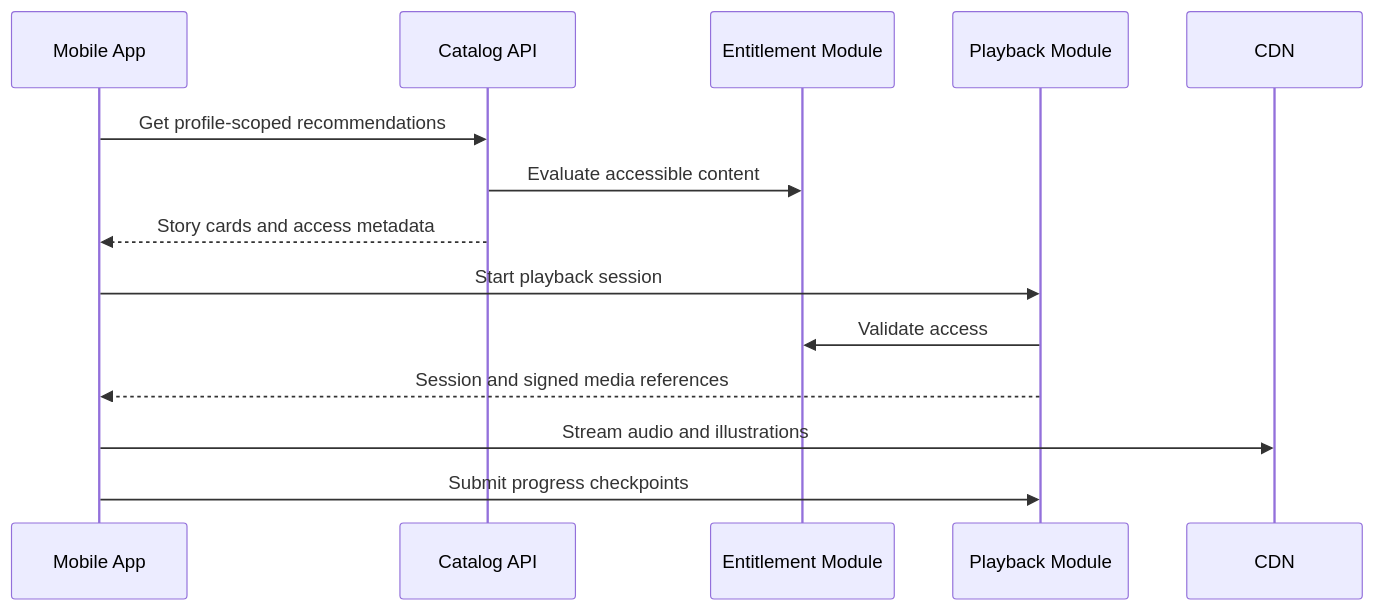
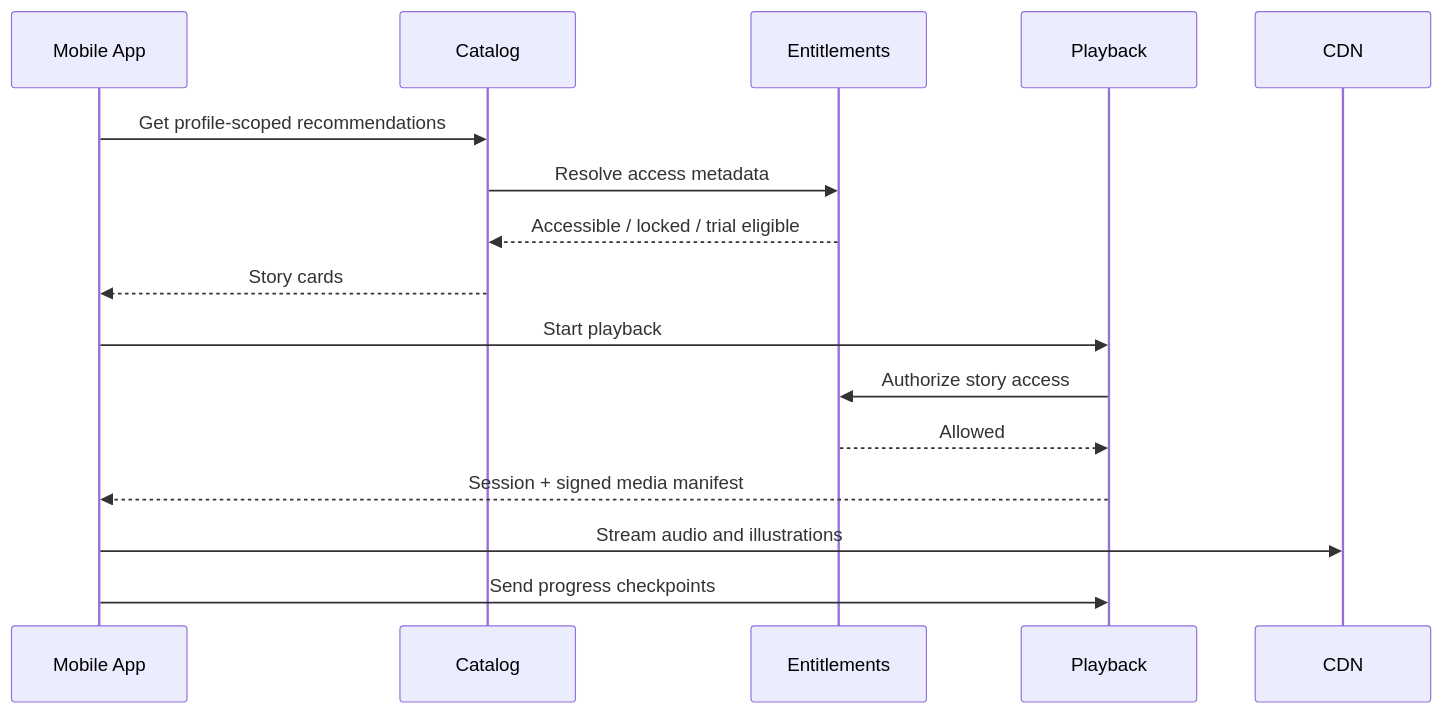
Before and after one commit to IoanMarian08/KidsAudioBookPlatform: the fourth of 6 diagrams in docs/03_Architecture/Software_Architecture.md, drawn with Mermaid. The commit also changed other lines of this file, not shown here.

Commit message:
docs(architecture): deepen software architecture specification

````diff
--- a/docs/03_Architecture/Software_Architecture.md
+++ b/docs/03_Architecture/Software_Architecture.md
@@ -431,17 +355,19 @@
 ```mermaid
 sequenceDiagram
     participant App as Mobile App
-    participant Catalog as Catalog API
-    participant Entitlements as Entitlement Module
-    participant Playback as Playback Module
+    participant Catalog as Catalog
+    participant Ent as Entitlements
+    participant Play as Playback
     participant CDN as CDN
 
     App->>Catalog: Get profile-scoped recommendations
-    Catalog->>Entitlements: Evaluate accessible content
-    Catalog-->>App: Story cards and access metadata
-    App->>Playback: Start playback session
-    Playback->>Entitlements: Validate access
-    Playback-->>App: Session and signed media references
+    Catalog->>Ent: Resolve access metadata
+    Ent-->>Catalog: Accessible / locked / trial eligible
+    Catalog-->>App: Story cards
+    App->>Play: Start playback
+    Play->>Ent: Authorize story access
+    Ent-->>Play: Allowed
+    Play-->>App: Session + signed media manifest
     App->>CDN: Stream audio and illustrations
-    App->>Playback: Submit progress checkpoints
+    App->>Play: Send progress checkpoints
 ```
````
